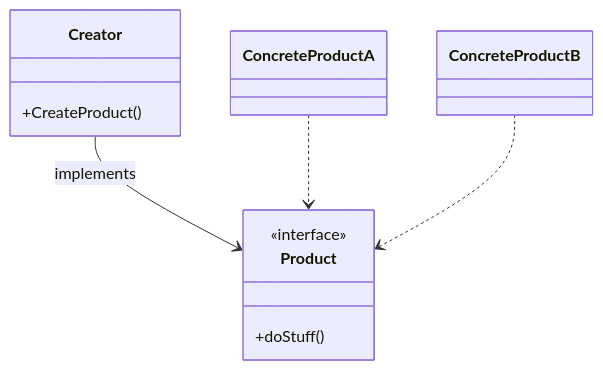
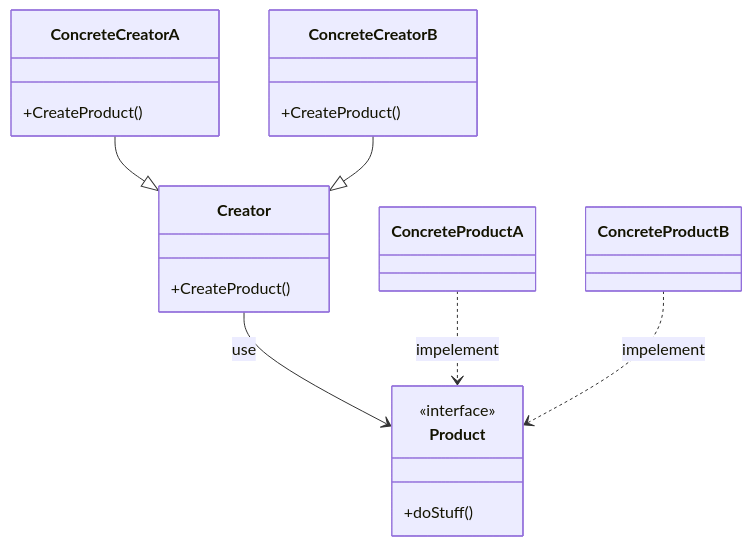
One commit to nahuelDev23/mermaid changed the diagram in readme.md. Above: the diagram before and after it, drawn with Mermaid.

````diff
--- a/readme.md
+++ b/readme.md
@@ -1,22 +1,33 @@
 ```mermaid
 classDiagram
  
  class Creator{
  +CreateProduct()
  }
  
   class Product{
   +doStuff()
  }
  <<interface>> Product
  
- Creator --> Product : implements
+ Creator --> Product : use
  
  class ConcreteProductA 
  class ConcreteProductB 
  
- ConcreteProductA ..> Product
- ConcreteProductB ..> Product
+ ConcreteProductA ..> Product : impelement
+ ConcreteProductB ..> Product : impelement
+ 
+ class ConcreteCreatorA{
+ +CreateProduct()
+ }
+ 
+  class ConcreteCreatorB{
+ +CreateProduct()
+ }
+ 
+ ConcreteCreatorA --|> Creator
+ ConcreteCreatorB --|> Creator
 
  
 ```
````
